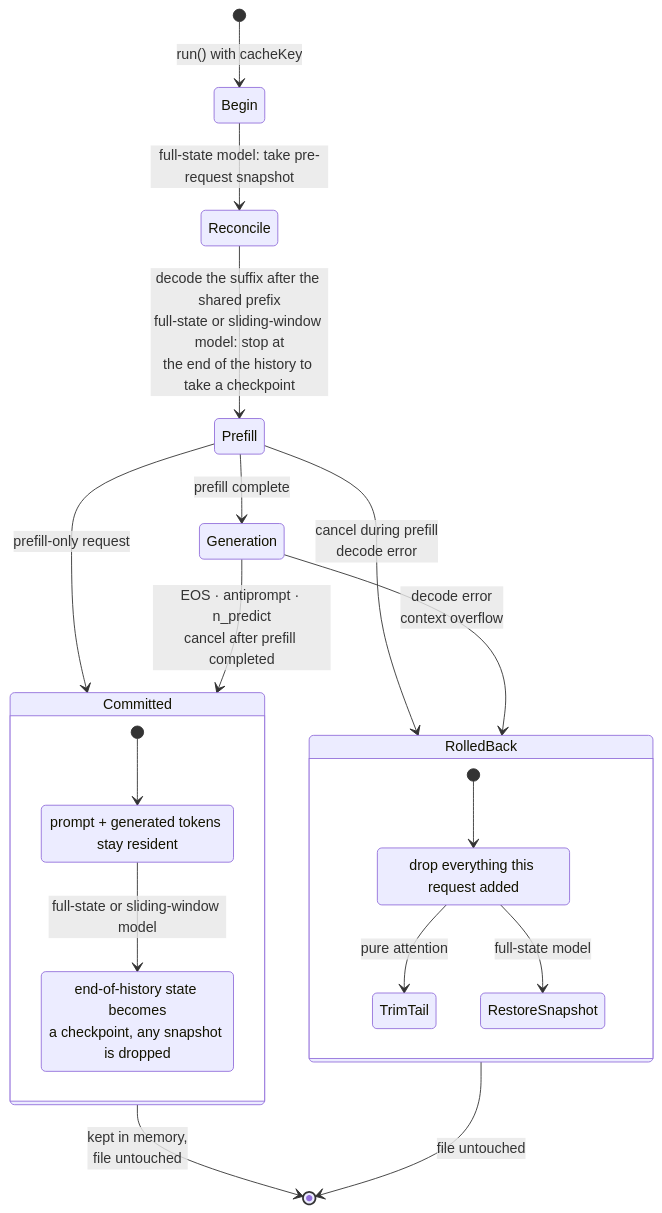
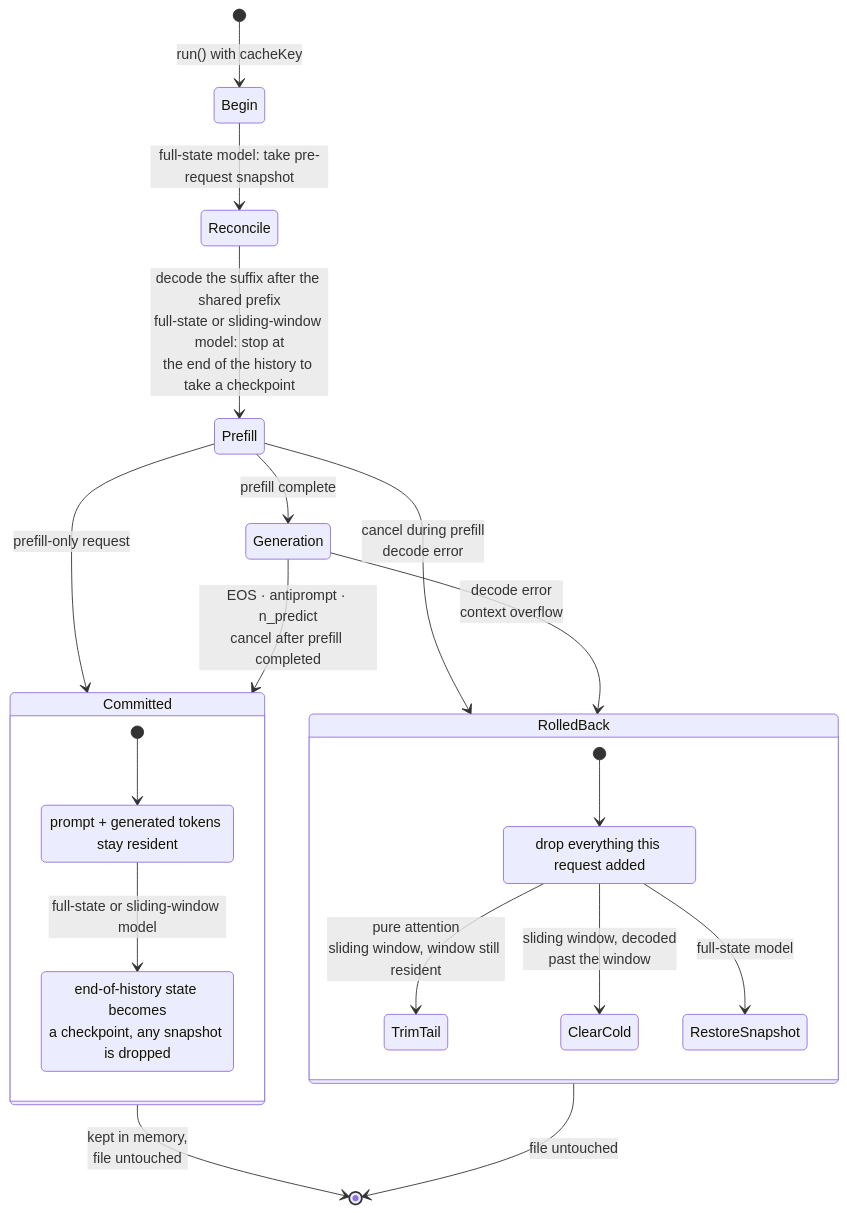
Before and after one commit to tetherto/qvac: the second of 6 diagrams in packages/llm-llamacpp/docs/cache-lifecycle.md, drawn with Mermaid. The commit also changed 5 other files, not shown here.

First line of the commit message:
doc: describe sliding-window budgets and rollback everywhere

````diff
--- a/packages/llm-llamacpp/docs/cache-lifecycle.md
+++ b/packages/llm-llamacpp/docs/cache-lifecycle.md
@@ -86,26 +86,27 @@
 ```mermaid
 stateDiagram-v2
     [*] --> Begin: run() with cacheKey
     Begin --> Reconcile: full-state model: take pre-request snapshot
     Reconcile --> Prefill: decode the suffix after the shared prefix<br/>full-state or sliding-window model: stop at<br/>the end of the history to take a checkpoint
     Prefill --> Committed: prefill-only request
     Prefill --> Generation: prefill complete
     Prefill --> RolledBack: cancel during prefill<br/>decode error
     Generation --> Committed: EOS · antiprompt · n_predict<br/>cancel after prefill completed
     Generation --> RolledBack: decode error<br/>context overflow
     Committed --> [*]: kept in memory,<br/>file untouched
     RolledBack --> [*]: file untouched
 
     state Committed {
         [*] --> KeepTokens
         KeepTokens: prompt + generated tokens stay resident
         KeepTokens --> PushCheckpoint: full-state or sliding-window model
         PushCheckpoint: end-of-history state becomes<br/>a checkpoint, any snapshot is dropped
     }
     state RolledBack {
         [*] --> Drop
         Drop: drop everything this request added
-        Drop --> TrimTail: pure attention
+        Drop --> TrimTail: pure attention<br/>sliding window, window still resident
+        Drop --> ClearCold: sliding window, decoded<br/>past the window
         Drop --> RestoreSnapshot: full-state model
     }
 ```
````
